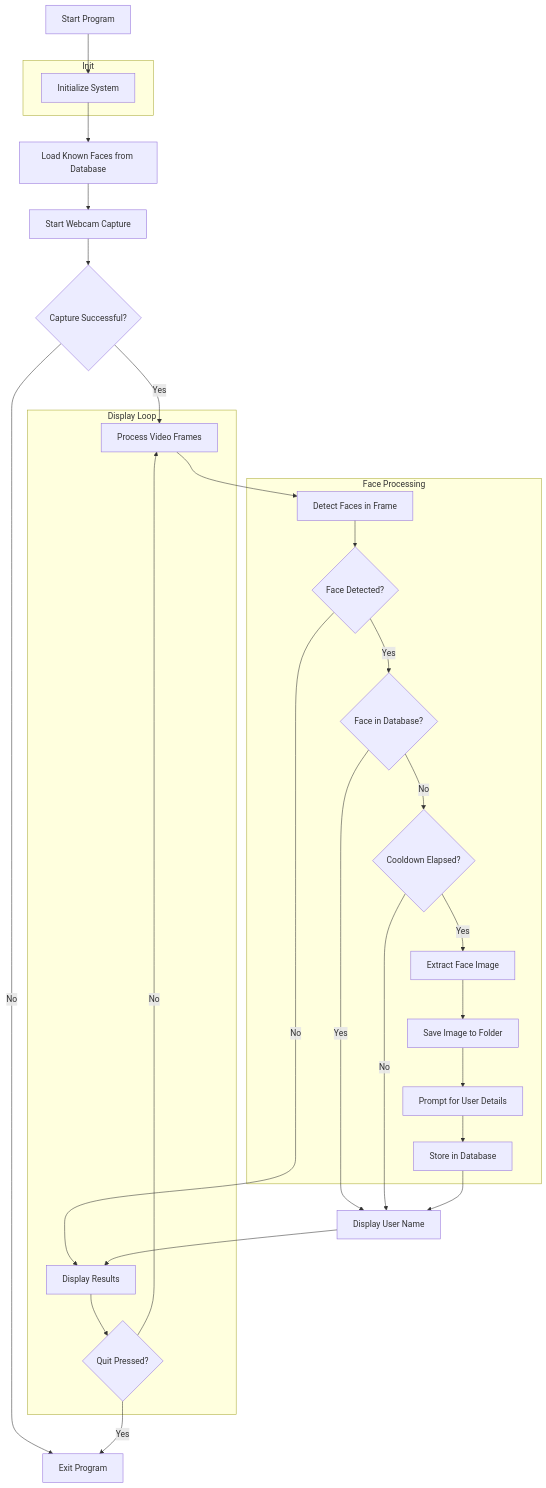
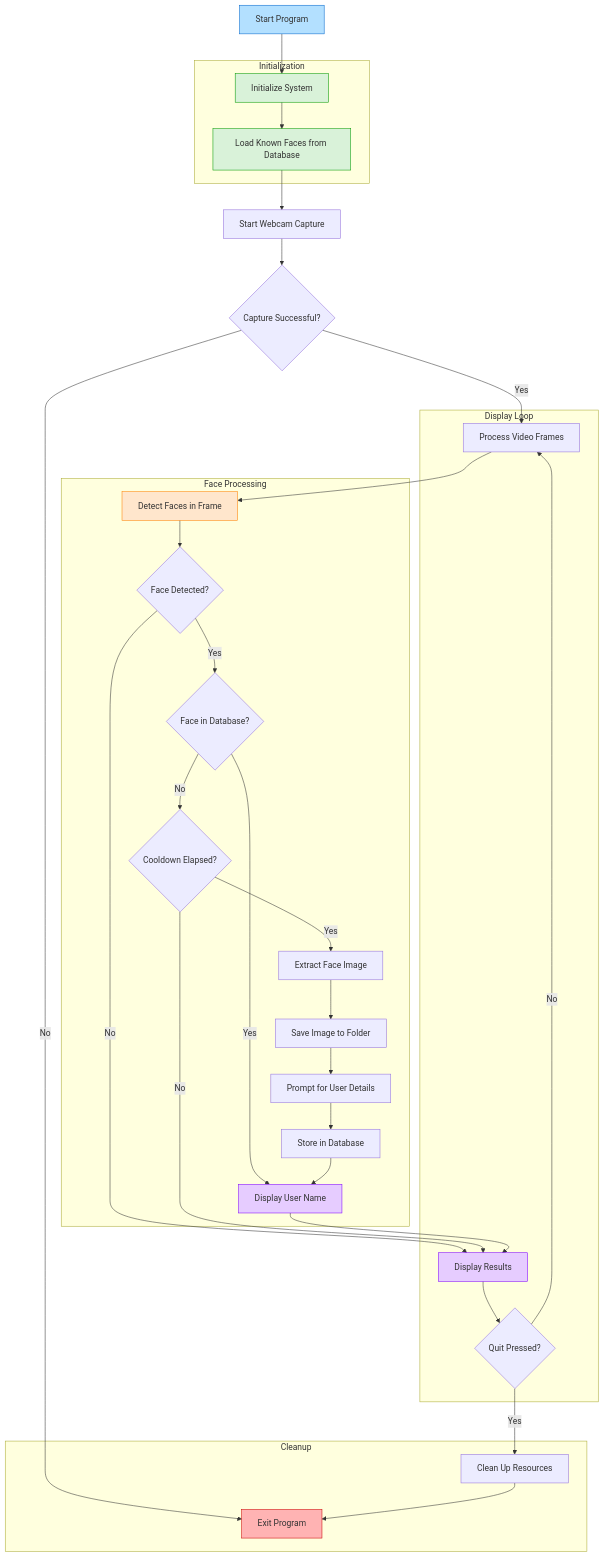
One commit to SYNOVA-LABS/ADA changed the diagram in User_Detection/readme.md. Above: the diagram before and after it, drawn with Mermaid. The commit also changed 6 other files, not shown here.

````diff
--- a/User_Detection/readme.md
+++ b/User_Detection/readme.md
@@ -9,51 +9,67 @@
 ```mermaid
 flowchart TD
     A[Start Program] --> B[Initialize System]
     B --> C[Load Known Faces from Database]
     C --> D[Start Webcam Capture]
     
     D --> E{Capture Successful?}
     E -- No --> Z[Exit Program]
     E -- Yes --> F[Process Video Frames]
     
     F --> G[Detect Faces in Frame]
     G --> H{Face Detected?}
     H -- No --> P
     
     H -- Yes --> I{Face in Database?}
     I -- Yes --> J[Display User Name]
     I -- No --> K{Cooldown Elapsed?}
     
-    K -- No --> J
+    K -- No --> P
     K -- Yes --> L[Extract Face Image]
     L --> M[Save Image to Folder]
     M --> N[Prompt for User Details]
     N --> O[Store in Database]
     O --> J
     
     J --> P[Display Results]
     P --> Q{Quit Pressed?}
-    Q -- Yes --> Z
+    Q -- Yes --> R[Clean Up Resources]
+    R --> Z[Exit Program]
     Q -- No --> F
     
-    subgraph "Init"
+    subgraph "Initialization"
         B
+        C
     end
     
     subgraph "Face Processing"
         G
         H
         I
         K
         L
         M
         N
         O
+        J
     end
     
     subgraph "Display Loop"
         F
         P
         Q
     end
+    
+    subgraph "Cleanup"
+        R
+        Z
+    end
+    
+    style A fill:#b3e0ff,stroke:#0066cc
+    style Z fill:#ffb3b3,stroke:#cc0000
+    style B fill:#d9f2d9,stroke:#009900
+    style C fill:#d9f2d9,stroke:#009900
+    style G fill:#ffe6cc,stroke:#ff8000
+    style J fill:#e6ccff,stroke:#8000ff
+    style P fill:#e6ccff,stroke:#8000ff
 ```
````
